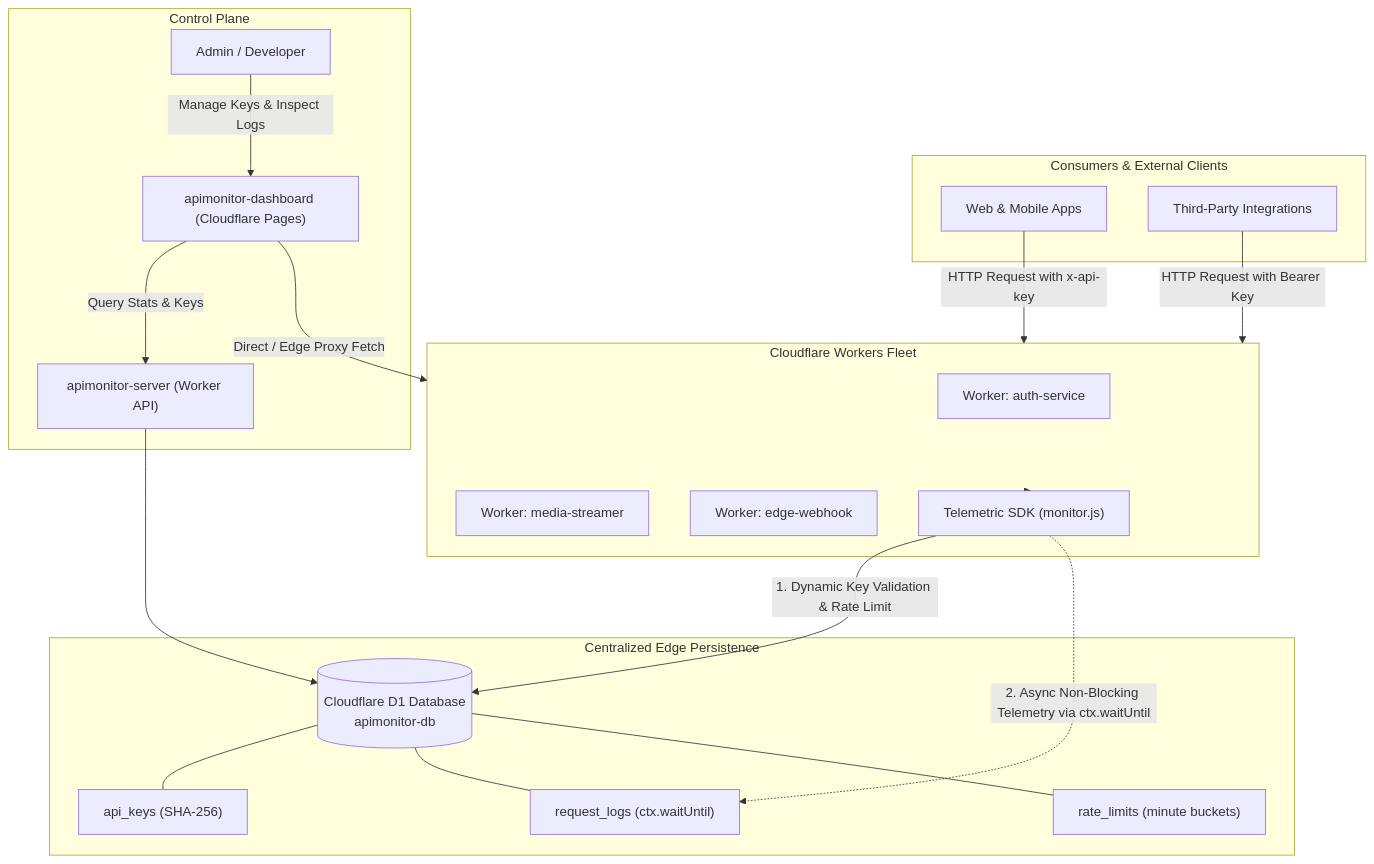
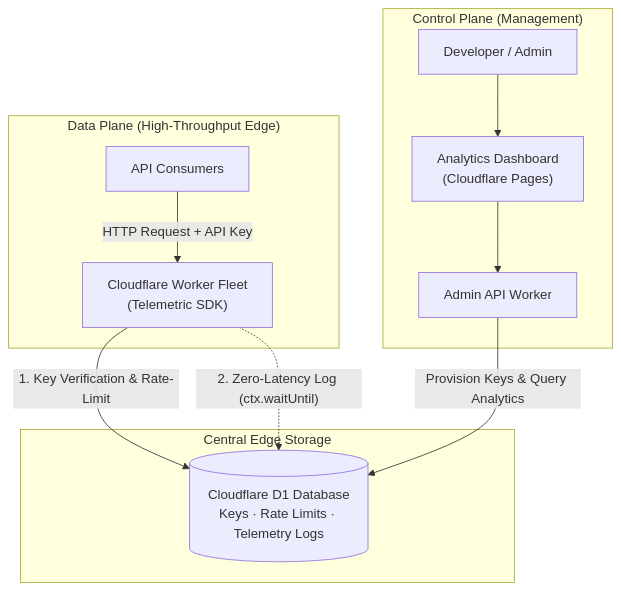
Before and after one commit to saahiyo/Telemetric-apimonitor: the diagram in README.md, drawn with Mermaid.

Commit message:
docs: simplify architecture graph into clear 3-layer data and control plane

````diff
--- a/README.md
+++ b/README.md
@@ -19,40 +19,19 @@
 ```mermaid
 flowchart TD
-    subgraph Clients["Consumers & External Clients"]
-        ClientA["Web & Mobile Apps"]
-        ClientB["Third-Party Integrations"]
+    subgraph DataPlane["Data Plane (High-Throughput Edge)"]
+        Clients["API Consumers"] -->|"HTTP Request + API Key"| Fleet["Cloudflare Worker Fleet\n(Telemetric SDK)"]
     end
 
-    subgraph EdgeFleet["Cloudflare Workers Fleet"]
-        W1["Worker: auth-service"]
-        W2["Worker: media-streamer"]
-        W3["Worker: edge-webhook"]
-        SDK["Telemetric SDK (monitor.js)"]
+    subgraph Storage["Central Edge Storage"]
+        D1[("Cloudflare D1 Database\nKeys · Rate Limits · Telemetry Logs")]
     end
 
-    subgraph CloudflareData["Centralized Edge Persistence"]
-        D1[("Cloudflare D1 Database\napimonitor-db")]
-        KeysTable["api_keys (SHA-256)"]
-        LogsTable["request_logs (ctx.waitUntil)"]
-        RateTable["rate_limits (minute buckets)"]
-        D1 --- KeysTable
-        D1 --- LogsTable
-        D1 --- RateTable
+    subgraph ControlPlane["Control Plane (Management)"]
+        Admin["Developer / Admin"] --> Dashboard["Analytics Dashboard\n(Cloudflare Pages)"]
+        Dashboard --> BackendWorker["Admin API Worker"]
     end
 
-    subgraph Management["Control Plane"]
-        BackendWorker["apimonitor-server (Worker API)"]
-        Dashboard["apimonitor-dashboard (Cloudflare Pages)"]
-        Admin["Admin / Developer"]
-    end
-
-    ClientA -->|"HTTP Request with x-api-key"| EdgeFleet
-    ClientB -->|"HTTP Request with Bearer Key"| EdgeFleet
-    EdgeFleet --> SDK
-    SDK -->|"1. Dynamic Key Validation & Rate Limit"| D1
-    SDK -.->|"2. Async Non-Blocking Telemetry via ctx.waitUntil"| LogsTable
-    Admin -->|"Manage Keys & Inspect Logs"| Dashboard
-    Dashboard -->|"Direct / Edge Proxy Fetch"| EdgeFleet
-    Dashboard -->|"Query Stats & Keys"| BackendWorker
-    BackendWorker --> D1
+    Fleet -->|"1. Key Verification & Rate-Limit"| D1
+    Fleet -.->|"2. Zero-Latency Log (ctx.waitUntil)"| D1
+    BackendWorker -->|"Provision Keys & Query Analytics"| D1
 ```
````
